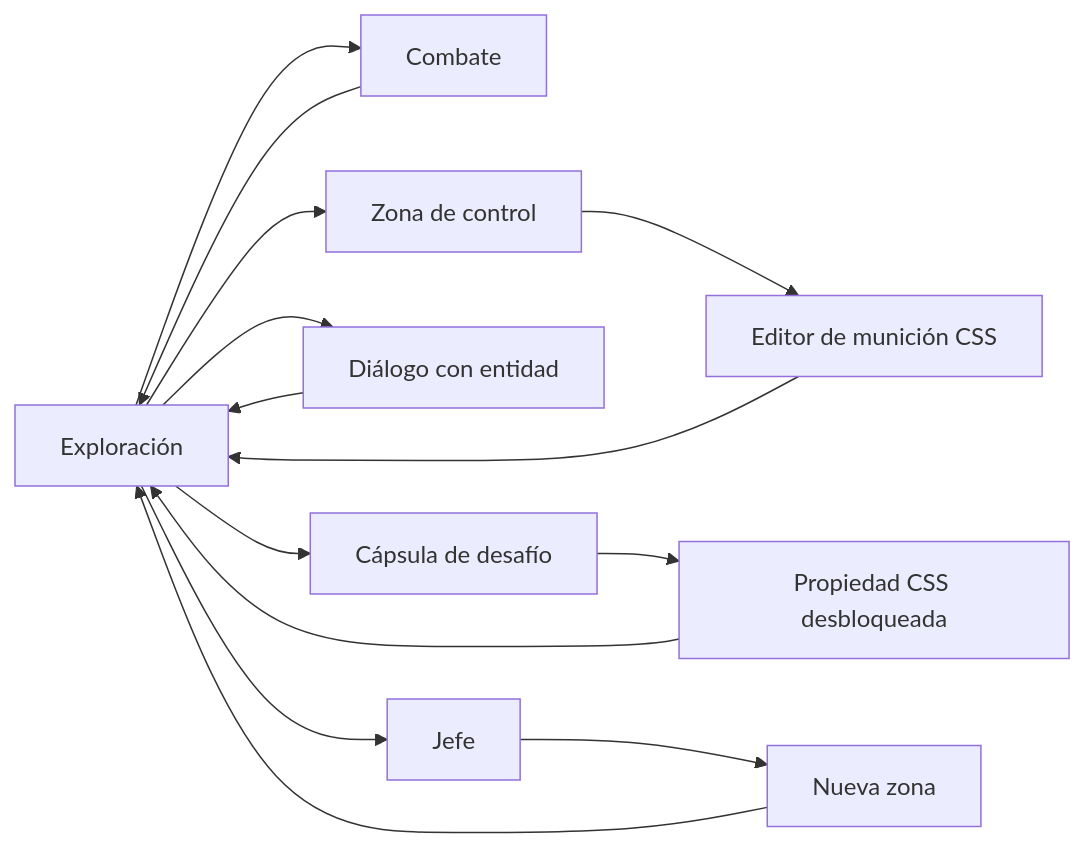
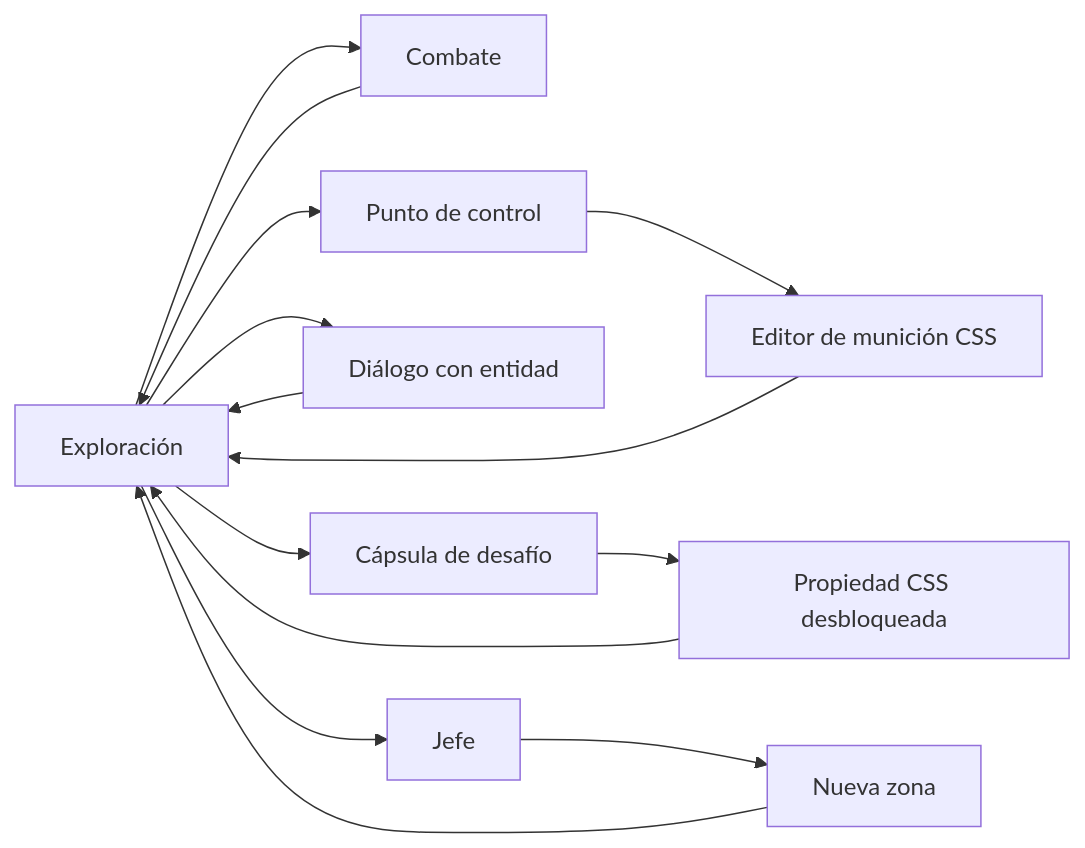
The third of 3 diagrams in src/content/sistema-juego/flujo-juego.md (Jonathan-Bello/GDD-CSS), drawn with Mermaid before and after one commit. The commit also changed other lines of this file and 18 other files, not shown here.

````diff
--- a/src/content/sistema-juego/flujo-juego.md
+++ b/src/content/sistema-juego/flujo-juego.md
@@ -64,16 +64,16 @@
 ```mermaid
 flowchart LR
     A[Exploración] --> B[Combate]
     B --> A
-    A --> C[Zona de control]
+    A --> C[Punto de control]
     C --> D[Editor de munición CSS]
     D --> A
     A --> E[Diálogo con entidad]
     E --> A
     A --> F[Cápsula de desafío]
     F --> G[Propiedad CSS desbloqueada]
     G --> A
     A --> H[Jefe]
     H --> I[Nueva zona]
     I --> A
 ```
````
